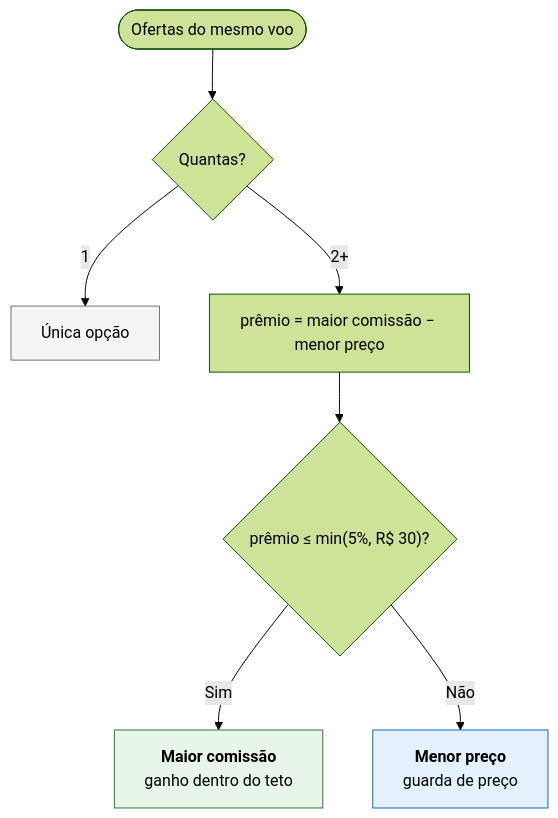
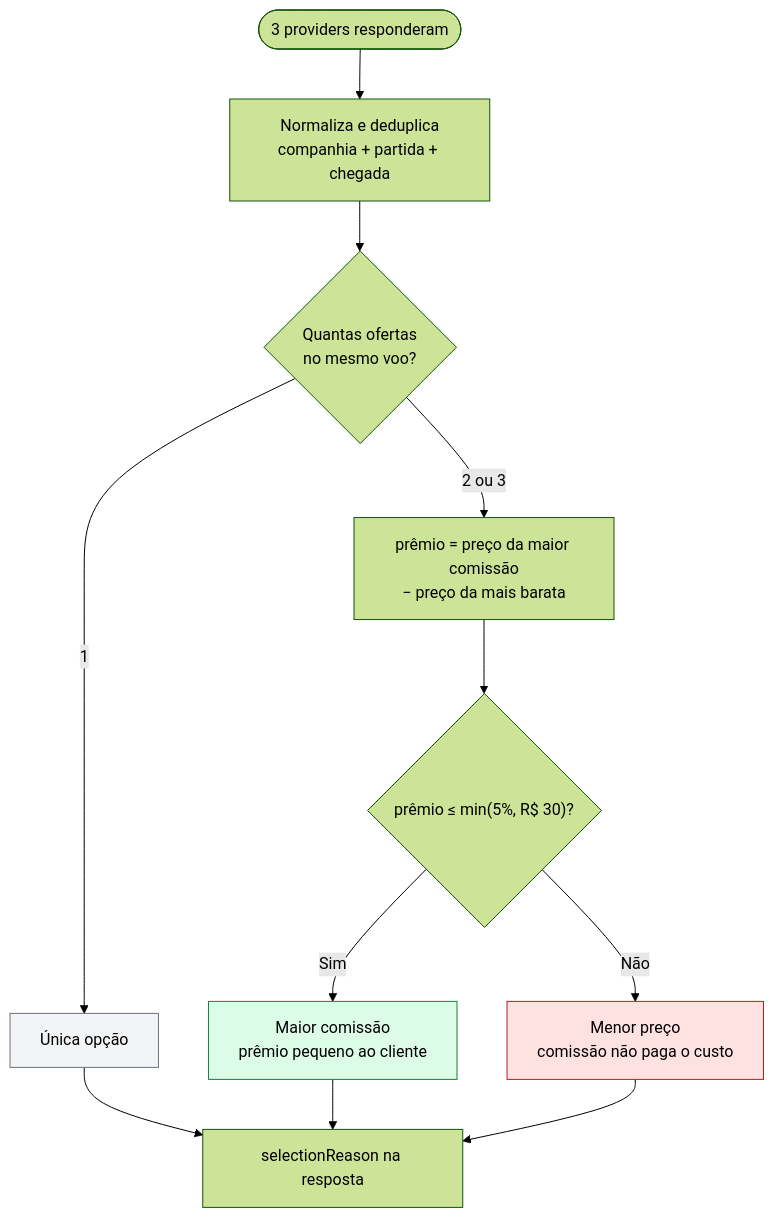
One commit to abelmagnag0/passhub-desafio changed the first of 2 diagrams in README.md. Above: the diagram before and after it, drawn with Mermaid (forest theme). The commit also changed other lines of this file and 4 other files, not shown here.

````diff
--- a/README.md
+++ b/README.md
@@ -65,13 +46,23 @@
 ```mermaid
 flowchart TD
-    A([Ofertas do mesmo voo]) --> B{Quantas?}
-    B -->|1| C[Única opção]
-    B -->|2+| D["prêmio = maior comissão − menor preço"]
-    D --> F{"prêmio ≤ min(5%, R$ 30)?"}
-    F -->|Sim| G[<b>Maior comissão</b><br/>ganho dentro do teto]
-    F -->|Não| H[<b>Menor preço</b><br/>guarda de preço]
+    A(["3 providers responderam"]) --> B["Normaliza e deduplica<br/>companhia + partida + chegada"]
 
-    style G fill:#e8f5e9,stroke:#2e7d32
-    style H fill:#e3f2fd,stroke:#1565c0
-    style C fill:#f5f5f5,stroke:#757575
+    B --> C{"Quantas ofertas<br/>no mesmo voo?"}
+    C -->|"1"| D["Única opção"]
+    C -->|"2 ou 3"| E["prêmio = preço da maior comissão<br/>− preço da mais barata"]
+
+    E --> F{"prêmio ≤ min(5%, R$ 30)?"}
+    F -->|"Sim"| G["Maior comissão<br/>prêmio pequeno ao cliente"]
+    F -->|"Não"| H["Menor preço<br/>comissão não paga o custo"]
+
+    D --> I["selectionReason na resposta"]
+    G --> I
+    H --> I
+
+    classDef ok fill:#dcfce7,stroke:#15803d
+    classDef warn fill:#fee2e2,stroke:#b91c1c
+    classDef neutral fill:#f3f4f6,stroke:#6b7280
+    class G ok
+    class H warn
+    class D neutral
 ```
````
